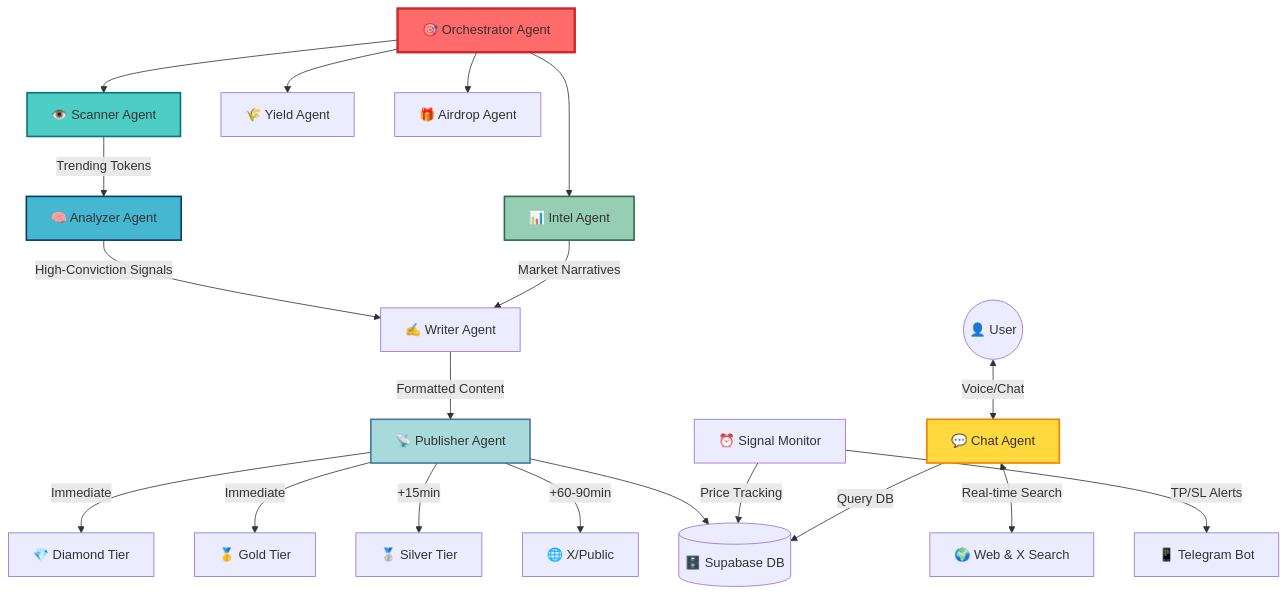
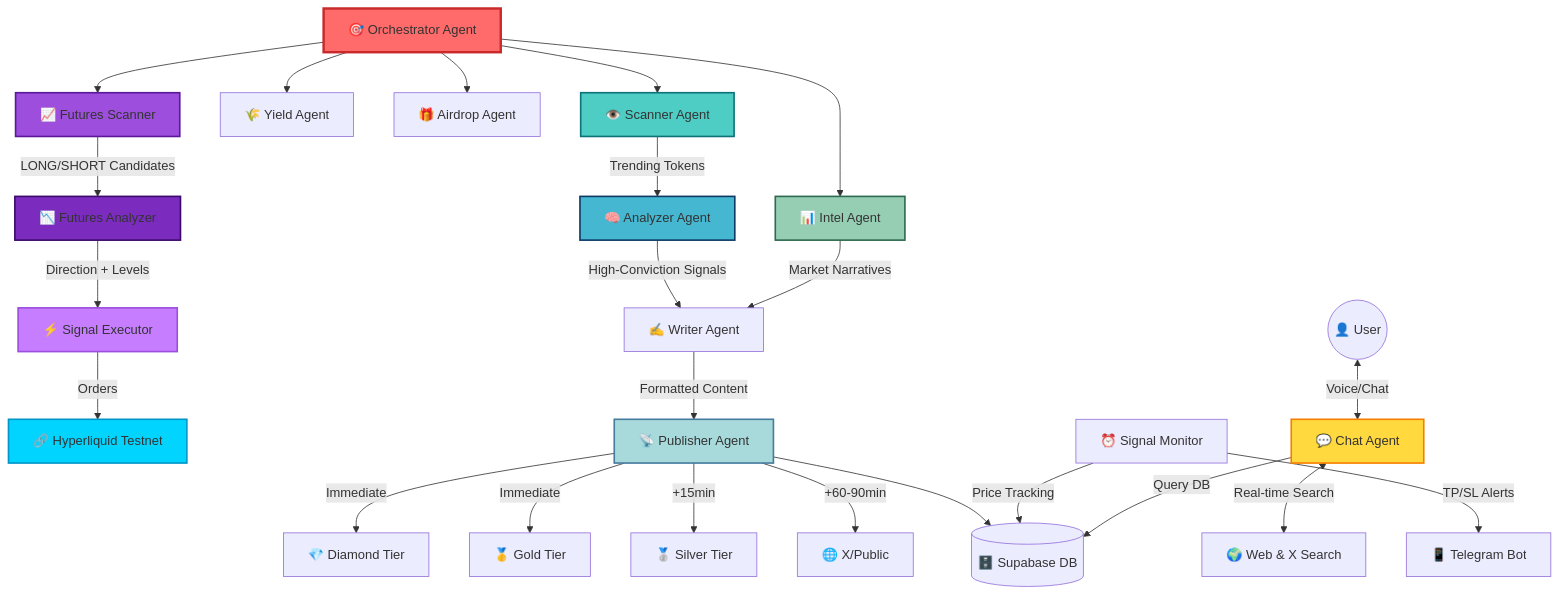
One commit to zaikaman/RogueAgent changed the diagram in README.md. Above: the diagram before and after it, drawn with Mermaid. The commit also changed other lines of this file and 19 other files, not shown here.

````diff
--- a/README.md
+++ b/README.md
@@ -103,32 +106,41 @@
 ```mermaid
 graph TD
     Orchestrator[🎯 Orchestrator Agent] --> Scanner[👁️ Scanner Agent]
     Orchestrator --> Intel[📊 Intel Agent]
     Orchestrator --> Yield[🌾 Yield Agent]
     Orchestrator --> Airdrop[🎁 Airdrop Agent]
+    Orchestrator --> FuturesScanner[📈 Futures Scanner]
     
     Scanner -->|Trending Tokens| Analyzer[🧠 Analyzer Agent]
     Analyzer -->|High-Conviction Signals| Writer[✍️ Writer Agent]
     Intel -->|Market Narratives| Writer
+    
+    FuturesScanner -->|LONG/SHORT Candidates| FuturesAnalyzer[📉 Futures Analyzer]
+    FuturesAnalyzer -->|Direction + Levels| FuturesExecutor[⚡ Signal Executor]
+    FuturesExecutor -->|Orders| Hyperliquid[🔗 Hyperliquid Testnet]
     
     Writer -->|Formatted Content| Publisher[📡 Publisher Agent]
     Publisher -->|Immediate| Diamond[💎 Diamond Tier]
     Publisher -->|Immediate| Gold[🥇 Gold Tier]
     Publisher -->|+15min| Silver[🥈 Silver Tier]
     Publisher -->|+60-90min| Public[🌐 X/Public]
     Publisher --> DB[(🗄️ Supabase DB)]
     
     Monitor[⏰ Signal Monitor] -->|Price Tracking| DB
     Monitor -->|TP/SL Alerts| Telegram[📱 Telegram Bot]
     
     User((👤 User)) <-->|Voice/Chat| ChatAgent[💬 Chat Agent]
     ChatAgent <-->|Real-time Search| Web[🌍 Web & X Search]
     ChatAgent -->|Query DB| DB
     
     style Orchestrator fill:#ff6b6b,stroke:#c92a2a,stroke-width:3px
     style Scanner fill:#4ecdc4,stroke:#0d7377,stroke-width:2px
     style Analyzer fill:#45b7d1,stroke:#0d3b66,stroke-width:2px
     style Intel fill:#96ceb4,stroke:#2d6a4f,stroke-width:2px
     style ChatAgent fill:#ffd93d,stroke:#f77f00,stroke-width:2px
     style Publisher fill:#a8dadc,stroke:#457b9d,stroke-width:2px
+    style FuturesScanner fill:#9d4edd,stroke:#5a189a,stroke-width:2px
+    style FuturesAnalyzer fill:#7b2cbf,stroke:#3c096c,stroke-width:2px
+    style FuturesExecutor fill:#c77dff,stroke:#9d4edd,stroke-width:2px
+    style Hyperliquid fill:#00d4ff,stroke:#0096c7,stroke-width:2px
 ```
````
